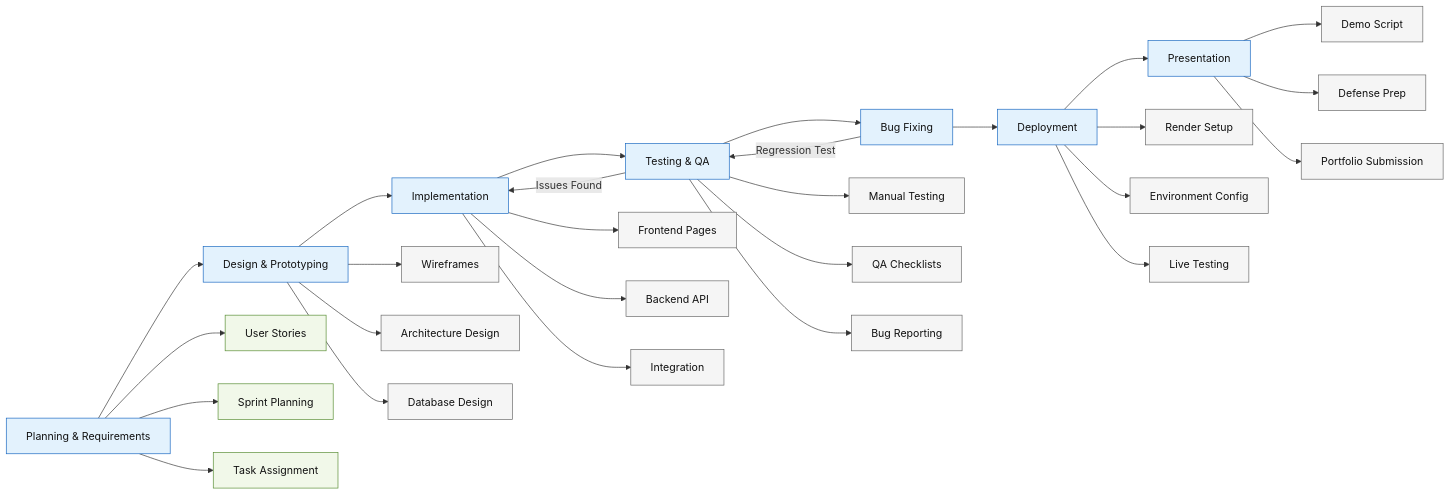
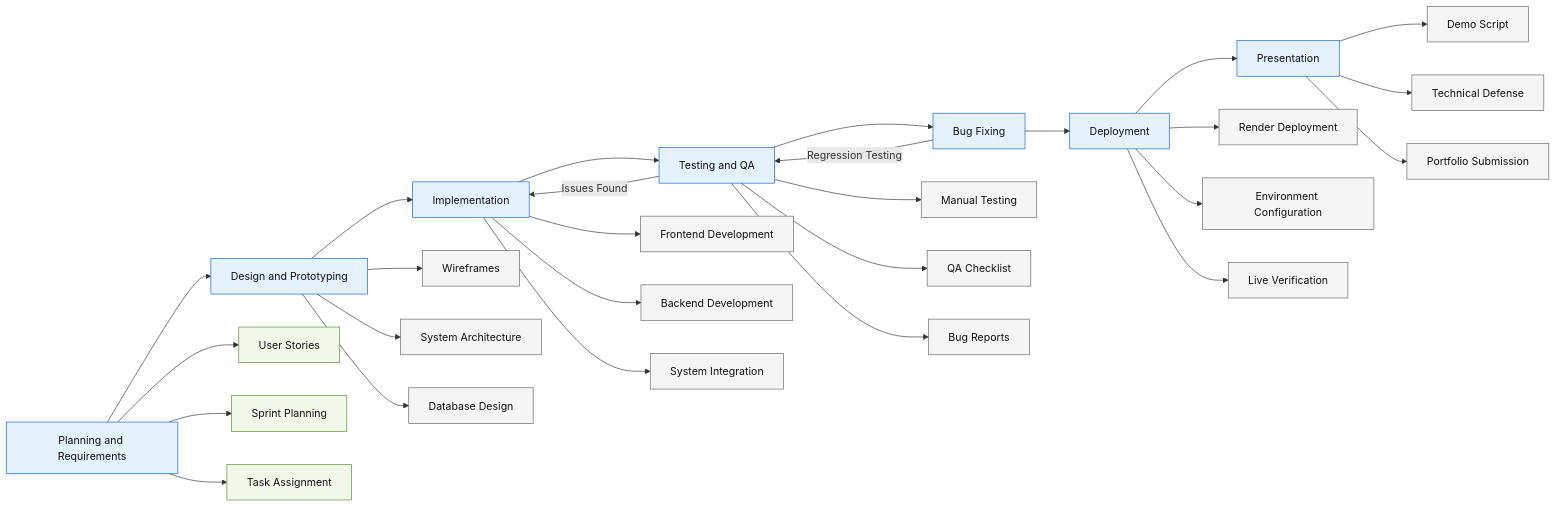
Before and after one commit to CapstoneDesign-Spring2026-UlsanCollege/Free_Sewaa: the fifth of 5 diagrams in docs/UML_AND_MERMAID_DIAGRAMS.md, drawn with Mermaid. The commit also changed other lines of this file, not shown here.

First line of the commit message:
Fix Mermaid parse errors and enhance diagrams

````diff
--- a/docs/UML_AND_MERMAID_DIAGRAMS.md
+++ b/docs/UML_AND_MERMAID_DIAGRAMS.md
@@ -218,44 +217,44 @@
 ```mermaid
 flowchart LR
-    Plan[Planning & Requirements] --> Design[Design & Prototyping]
-    Design --> Implement[Implementation]
-    Implement --> Test[Testing & QA]
-    Test --> Fix[Bug Fixing]
-    Fix --> Deploy[Deployment]
-    Deploy --> Present[Presentation]
+    Plan["Planning and Requirements"] --> Design["Design and Prototyping"]
+    Design --> Implement["Implementation"]
+    Implement --> Test["Testing and QA"]
+    Test --> Fix["Bug Fixing"]
+    Fix --> Deploy["Deployment"]
+    Deploy --> Present["Presentation"]
 
-    Test -->|Issues Found| Implement
-    Fix -->|Regression Test| Test
+    Test -->|"Issues Found"| Implement
+    Fix -->|"Regression Testing"| Test
 
-    Plan --> P1[User Stories]
-    Plan --> P2[Sprint Planning]
-    Plan --> P3[Task Assignment]
+    Plan --> P1["User Stories"]
+    Plan --> P2["Sprint Planning"]
+    Plan --> P3["Task Assignment"]
 
-    Design --> D1[Wireframes]
-    Design --> D2[Architecture Design]
-    Design --> D3[Database Design]
+    Design --> D1["Wireframes"]
+    Design --> D2["System Architecture"]
+    Design --> D3["Database Design"]
 
-    Implement --> I1[Frontend Pages]
-    Implement --> I2[Backend API]
-    Implement --> I3[Integration]
+    Implement --> I1["Frontend Development"]
+    Implement --> I2["Backend Development"]
+    Implement --> I3["System Integration"]
 
-    Test --> T1[Manual Testing]
-    Test --> T2[QA Checklists]
-    Test --> T3[Bug Reporting]
+    Test --> T1["Manual Testing"]
+    Test --> T2["QA Checklist"]
+    Test --> T3["Bug Reports"]
 
-    Deploy --> Dep1[Render Setup]
-    Deploy --> Dep2[Environment Config]
-    Deploy --> Dep3[Live Testing]
+    Deploy --> Dep1["Render Deployment"]
+    Deploy --> Dep2["Environment Configuration"]
+    Deploy --> Dep3["Live Verification"]
 
-    Present --> Pres1[Demo Script]
-    Present --> Pres2[Defense Prep]
-    Present --> Pres3[Portfolio Submission]
+    Present --> Pres1["Demo Script"]
+    Present --> Pres2["Technical Defense"]
+    Present --> Pres3["Portfolio Submission"]
 
-    classDef phase fill:#e3f2fd,stroke:#1565c0,color:#111;
-    classDef step fill:#f5f5f5,stroke:#666,color:#111;
-    classDef detail fill:#f1f8e9,stroke:#558b2f,color:#111;
+    classDef phaseNode fill:#e3f2fd,stroke:#1565c0,color:#111
+    classDef stepNode fill:#f5f5f5,stroke:#666,color:#111
+    classDef detailNode fill:#f1f8e9,stroke:#558b2f,color:#111
 
-    class Plan,Design,Implement,Test,Fix,Deploy,Present phase;
-    class D1,D2,D3,I1,I2,I3,T1,T2,T3,Dep1,Dep2,Dep3,Pres1,Pres2,Pres3 step;
-    class P1,P2,P3 detail;
+    class Plan,Design,Implement,Test,Fix,Deploy,Present phaseNode
+    class D1,D2,D3,I1,I2,I3,T1,T2,T3,Dep1,Dep2,Dep3,Pres1,Pres2,Pres3 stepNode
+    class P1,P2,P3 detailNode
 ```
````
